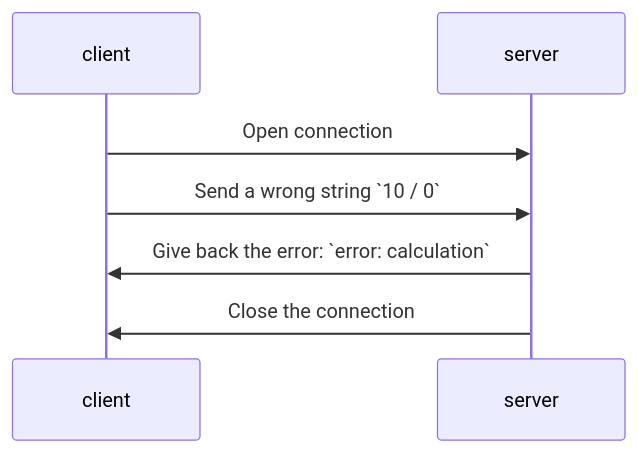
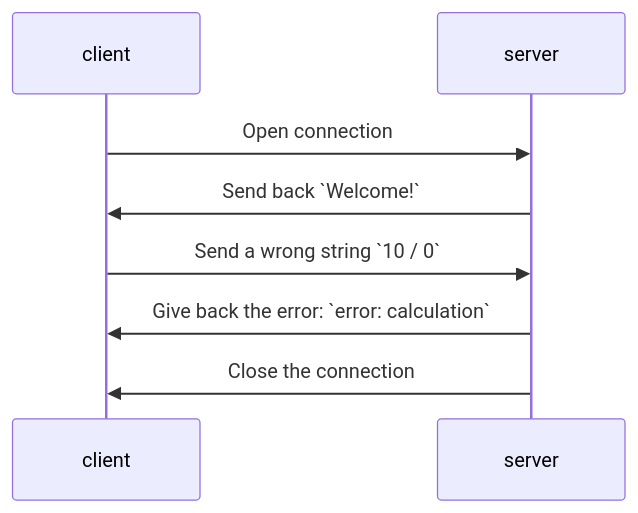
The fourth of 4 diagrams in specs/samuelroland_G-LK/protocol.md (HEIGVD-Course-DAI/dai-lab-protocoldesign), drawn with Mermaid before and after one commit. The commit also changed other lines of this file, not shown here.

Commit message:
Add welcome message to protocol

````diff
--- a/specs/samuelroland_G-LK/protocol.md
+++ b/specs/samuelroland_G-LK/protocol.md
@@ -54,7 +57,8 @@
 ```mermaid
 sequenceDiagram
 	client->>server: Open connection
+	server->>client: Send back `Welcome!`
 	client->>server: Send a wrong string `10 / 0`
 	server->>client: Give back the error: `error: calculation`
 	server->>client: Close the connection
 ```
````
